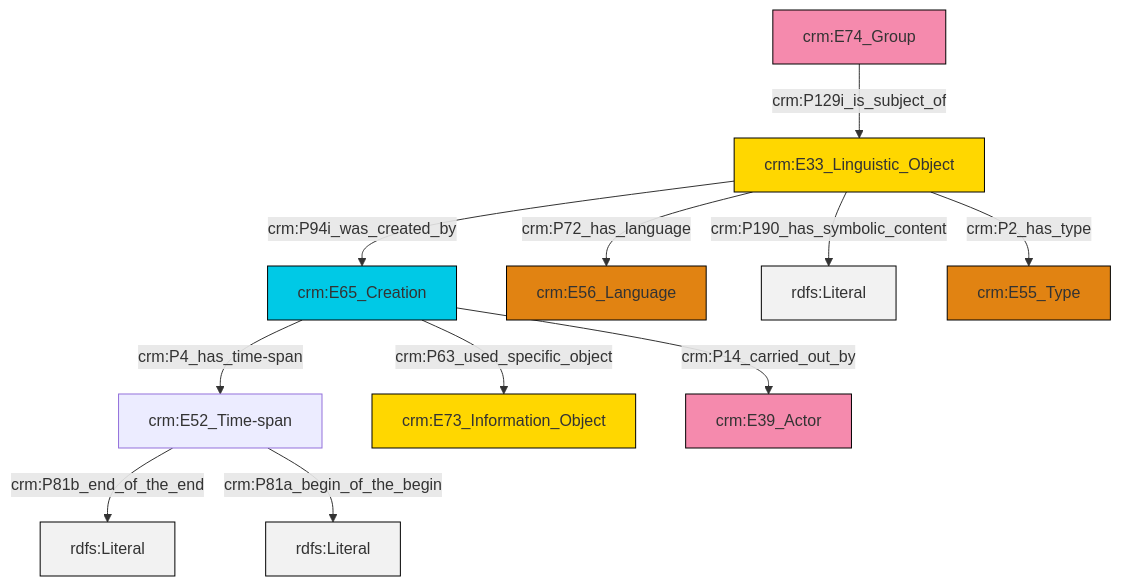
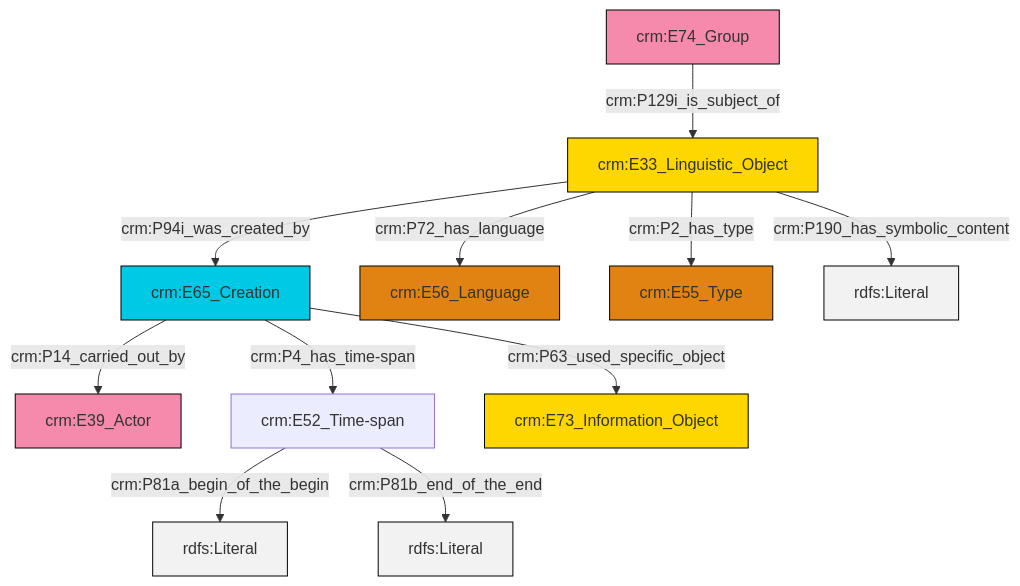
One commit to swiss-art-research-net/docs.swissartresearch changed the diagram in et/groupCSV/ttl/mmd/group_description.ttl.mmd. Above: the diagram before and after it, drawn with Mermaid. The commit also changed 179 other files, not shown here.

```diff
--- a/et/groupCSV/ttl/mmd/group_description.ttl.mmd
+++ b/et/groupCSV/ttl/mmd/group_description.ttl.mmd
@@ -1,25 +1,25 @@
 graph TD
 classDef Literal fill:#f2f2f2,stroke:#000000;
 classDef CRM_Entity fill:#FFFFFF,stroke:#000000;
 classDef Temporal_Entity fill:#00C9E6, stroke:#000000;
 classDef Type fill:#E18312, stroke:#000000;
 classDef Time-Span fill:#2C9C91, stroke:#000000;
 classDef Appellation fill:#FFEB7F, stroke:#000000;
 classDef Place fill:#008836, stroke:#000000;
 classDef Persistent_Item fill:#B266B2, stroke:#000000;
 classDef Conceptual_Object fill:#FFD700, stroke:#000000;
 classDef Physical_Thing fill:#D2B48C, stroke:#000000;
 classDef Actor fill:#f58aad, stroke:#000000;
 classDef PC_Classes fill:#4ce600, stroke:#000000;
 classDef Multi fill:#cccccc,stroke:#000000;
 
-2["crm:E65_Creation"]:::Temporal_Entity -->|crm:P63_used_specific_object| 3["crm:E73_Information_Object"]:::Conceptual_Object
-2["crm:E65_Creation"]:::Temporal_Entity -->|crm:P14_carried_out_by| 4["crm:E39_Actor"]:::Actor
-0["crm:E52_Time-span"]:::Default -->|crm:P81b_end_of_the_end| 5[rdfs:Literal]:::Literal
-6["crm:E33_Linguistic_Object"]:::Conceptual_Object -->|crm:P72_has_language| 7["crm:E56_Language"]:::Type
-2["crm:E65_Creation"]:::Temporal_Entity -->|crm:P4_has_time-span| 0["crm:E52_Time-span"]:::Default
+2["crm:E65_Creation"]:::Temporal_Entity -->|crm:P4_has_time-span| 3["crm:E52_Time-span"]:::Default
+3["crm:E52_Time-span"]:::Default -->|crm:P81a_begin_of_the_begin| 4[rdfs:Literal]:::Literal
+5["crm:E74_Group"]:::Actor -->|crm:P129i_is_subject_of| 6["crm:E33_Linguistic_Object"]:::Conceptual_Object
+6["crm:E33_Linguistic_Object"]:::Conceptual_Object -->|crm:P2_has_type| 11["crm:E55_Type"]:::Type
+6["crm:E33_Linguistic_Object"]:::Conceptual_Object -->|crm:P72_has_language| 9["crm:E56_Language"]:::Type
+3["crm:E52_Time-span"]:::Default -->|crm:P81b_end_of_the_end| 13[rdfs:Literal]:::Literal
 6["crm:E33_Linguistic_Object"]:::Conceptual_Object -->|crm:P94i_was_created_by| 2["crm:E65_Creation"]:::Temporal_Entity
-0["crm:E52_Time-span"]:::Default -->|crm:P81a_begin_of_the_begin| 11[rdfs:Literal]:::Literal
-6["crm:E33_Linguistic_Object"]:::Conceptual_Object -->|crm:P190_has_symbolic_content| 12[rdfs:Literal]:::Literal
-6["crm:E33_Linguistic_Object"]:::Conceptual_Object -->|crm:P2_has_type| 13["crm:E55_Type"]:::Type
-14["crm:E74_Group"]:::Actor -->|crm:P129i_is_subject_of| 6["crm:E33_Linguistic_Object"]:::Conceptual_Object
+6["crm:E33_Linguistic_Object"]:::Conceptual_Object -->|crm:P190_has_symbolic_content| 15[rdfs:Literal]:::Literal
+2["crm:E65_Creation"]:::Temporal_Entity -->|crm:P63_used_specific_object| 7["crm:E73_Information_Object"]:::Conceptual_Object
+2["crm:E65_Creation"]:::Temporal_Entity -->|crm:P14_carried_out_by| 0["crm:E39_Actor"]:::Actor
```
